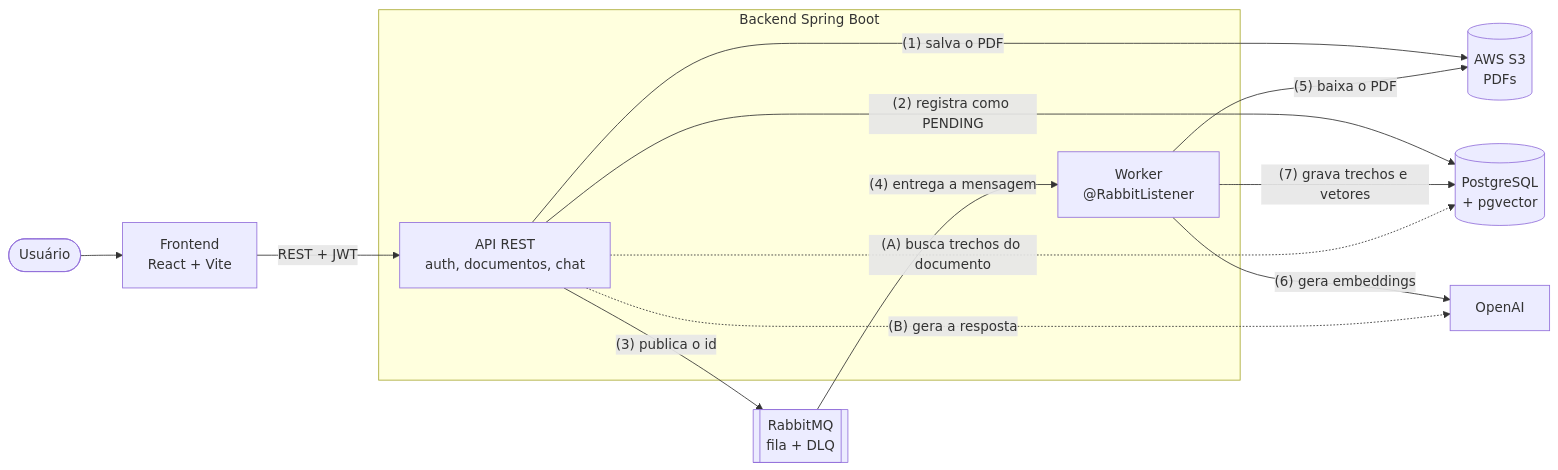
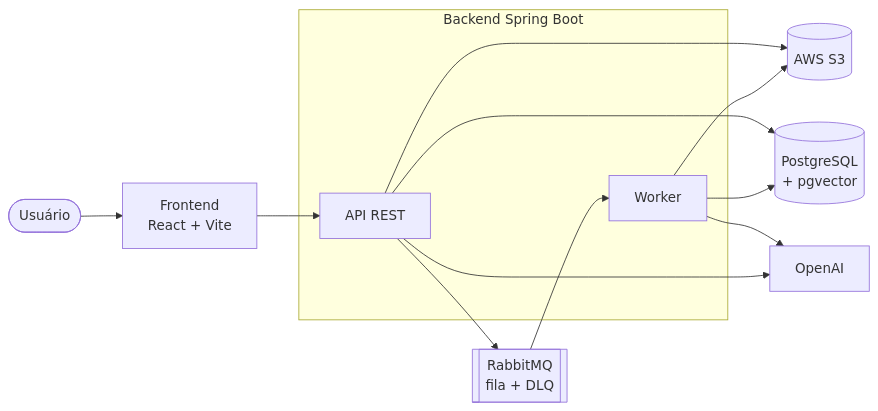
The first of 2 diagrams in README.md (igoralbuquerque12/Caf-Vetorial), drawn with Mermaid before and after one commit. The commit also changed other lines of this file, not shown here.

Commit message:
Revise architecture section with updated diagrams
Updated architecture diagrams and descriptions in README.

````diff
--- a/README.md
+++ b/README.md
@@ -26,29 +26,19 @@
 ```mermaid
 flowchart LR
-    user([Usuário])
-    web["Frontend<br/>React + Vite"]
+    user([Usuário]) --> web["Frontend<br/>React + Vite"]
+    web --> api
 
     subgraph backend["Backend Spring Boot"]
-        api["API REST<br/>auth, documentos, chat"]
-        worker["Worker<br/>@RabbitListener"]
+        api["API REST"]
+        worker["Worker"]
     end
 
-    s3[("AWS S3<br/>PDFs")]
-    db[("PostgreSQL<br/>+ pgvector")]
-    mq[["RabbitMQ<br/>fila + DLQ"]]
-    ai["OpenAI"]
-
-    user --> web
-    web -->|"REST + JWT"| api
-
-    api -->|"(1) salva o PDF"| s3
-    api -->|"(2) registra como PENDING"| db
-    api -->|"(3) publica o id"| mq
-    mq -->|"(4) entrega a mensagem"| worker
-    worker -->|"(5) baixa o PDF"| s3
-    worker -->|"(6) gera embeddings"| ai
-    worker -->|"(7) grava trechos e vetores"| db
-
-    api -.->|"(A) busca trechos do documento"| db
-    api -.->|"(B) gera a resposta"| ai
+    api --> s3[("AWS S3")]
+    api --> db[("PostgreSQL<br/>+ pgvector")]
+    api --> mq[["RabbitMQ<br/>fila + DLQ"]]
+    mq --> worker
+    worker --> s3
+    worker --> db
+    worker --> ai["OpenAI"]
+    api --> ai
 ```
````
